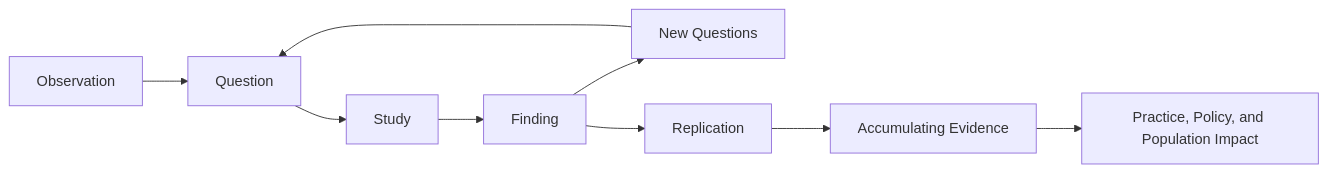
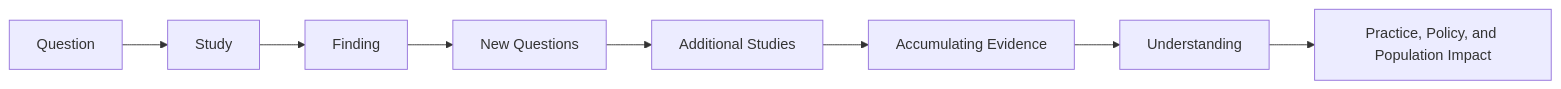
One commit to wellsa1-uthscsa/pert-field-guide changed the diagram in chapters/06_From_Question_to_Impact.md. Above: the diagram before and after it, drawn with Mermaid. The commit also changed other lines of this file and 1 other file, not shown here.

````diff
--- a/chapters/06_From_Question_to_Impact.md
+++ b/chapters/06_From_Question_to_Impact.md
@@ -495,20 +392,18 @@
 ```mermaid
 flowchart LR
 
-A[Observation]
---> B[Question]
+A[Question]
+--> B[Study]
 
-B --> C[Study]
+B --> C[Finding]
 
-C --> D[Finding]
+C --> D[New Questions]
 
-D --> E[New Questions]
+D --> E[Additional Studies]
 
-E --> B
+E --> F[Accumulating Evidence]
 
-D --> F[Replication]
-
-F --> G[Accumulating Evidence]
+F --> G[Understanding]
 
 G --> H[Practice, Policy, and Population Impact]
 ```
````
